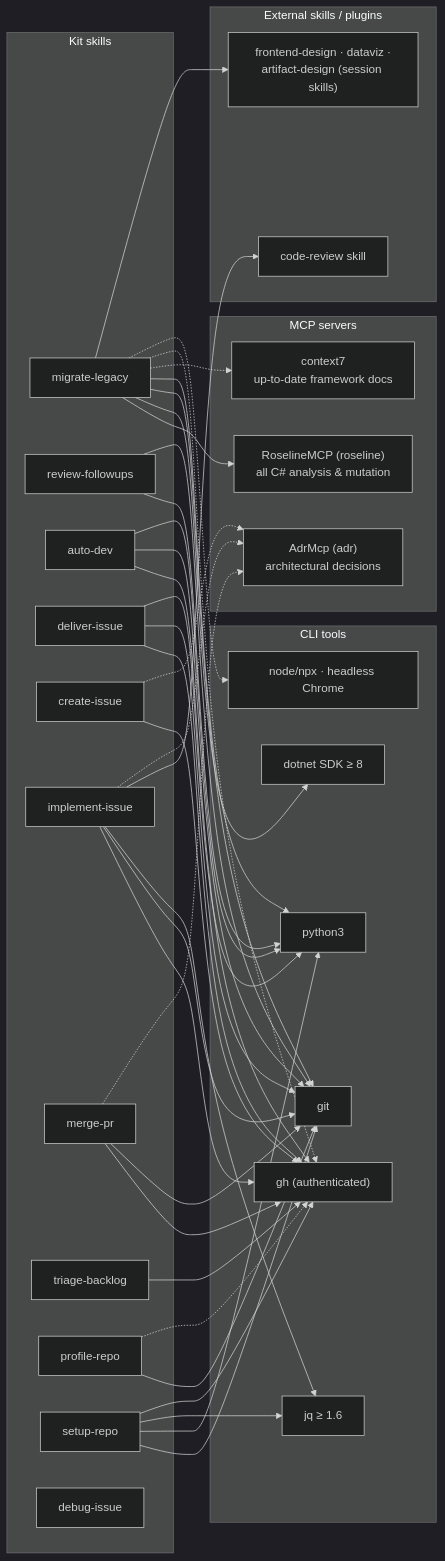
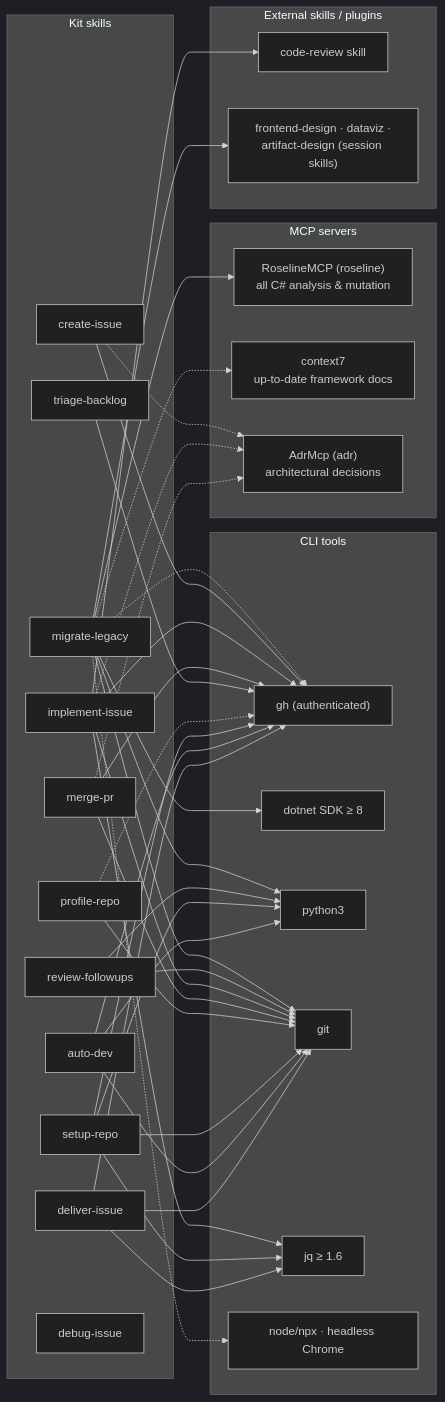
The second of 2 diagrams in ARCHITECTURE.md (phmatray/ai-migration-kit), drawn with Mermaid (dark theme) before and after one commit. The commit also changed other lines of this file and 2 other files, not shown here.

````diff
--- a/ARCHITECTURE.md
+++ b/ARCHITECTURE.md
@@ -112,79 +112,79 @@
 ```mermaid
 graph LR
     subgraph skills ["Kit skills"]
         ML[migrate-legacy]
         RF[review-followups]
         AD[auto-dev]
         DL[deliver-issue]
         CI[create-issue]
         II[implement-issue]
         MP[merge-pr]
         TB[triage-backlog]
         RP[profile-repo]
         SR[setup-repo]
         DI[debug-issue]
     end
 
     subgraph mcp ["MCP servers"]
         ROS["RoselineMCP (roseline)<br>all C# analysis & mutation"]
         C7["context7<br>up-to-date framework docs"]
         ADR["AdrMcp (adr)<br>architectural decisions"]
     end
 
     subgraph ext ["External skills / plugins"]
         CR["code-review skill"]
         FD["frontend-design · dataviz ·<br>artifact-design (session skills)"]
     end
 
     subgraph tools ["CLI tools"]
         GH["gh (authenticated)"]
         DN["dotnet SDK ≥ 8"]
         PY["python3"]
         GIT["git"]
         JQ["jq ≥ 1.6"]
         NODE["node/npx · headless Chrome"]
     end
 
     ML --> ROS
     ML --> DN
     ML --> GIT
     ML --> PY
     ML -.-> C7
     ML -.-> GH
     ML -.-> NODE
     ML --> FD
 
     RF --> PY
     RF --> GIT
 
     CI --> GH
     CI -.-> ADR
 
     II --> GH
     II --> GIT
     II --> JQ
     II --> CR
     II -.-> ADR
 
     MP --> GH
     MP --> GIT
     MP -.-> ADR
 
     TB --> GH
 
     RP --> GIT
     RP -.-> GH
 
     SR --> GIT
     SR --> PY
     SR --> JQ
     SR --> GH
 
     AD --> GH
     AD --> GIT
     AD --> PY
 
     DL --> GH
     DL --> GIT
-    DL --> PY
+    DL --> JQ
 ```
````
